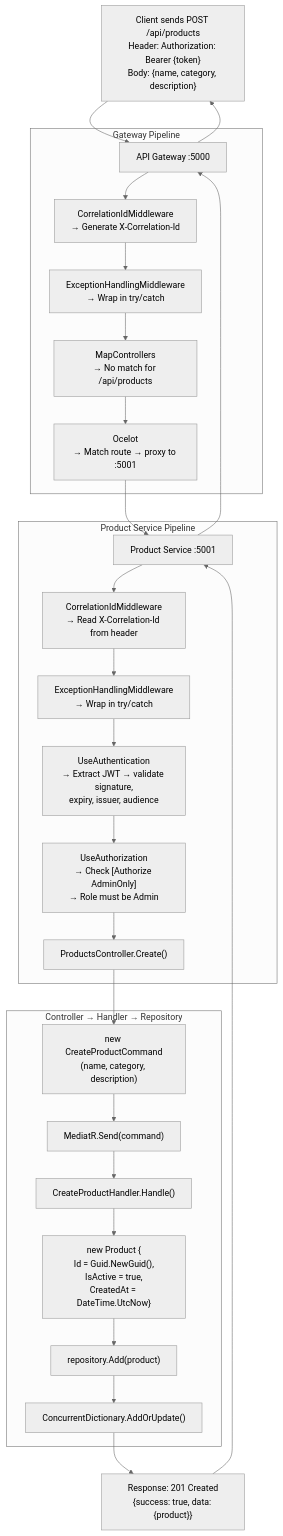
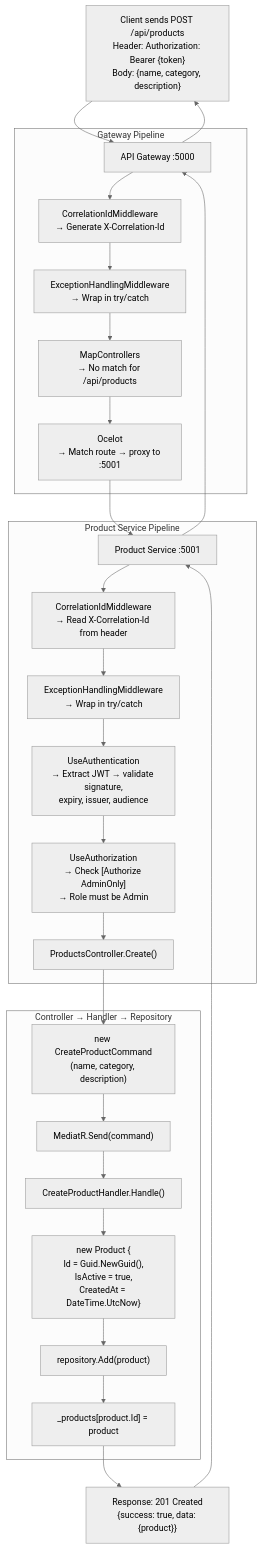
One commit to AnujKumar1995/Ecomm.BackendSystem_dotnet changed diagram 49 of 50 in docs/APPLICATION_ARCHITECTURE.md. Above: the diagram before and after it, drawn with Mermaid (neutral theme).

Commit message:
Update docs/APPLICATION_ARCHITECTURE.md
updated

````diff
--- a/docs/APPLICATION_ARCHITECTURE.md
+++ b/docs/APPLICATION_ARCHITECTURE.md
@@ -1319,37 +1319,37 @@
 ```mermaid
 graph TB
     A["Client sends POST /api/products<br/>Header: Authorization: Bearer {token}<br/>Body: {name, category, description}"]
 
     A --> B["API Gateway :5000"]
 
     subgraph "Gateway Pipeline"
         B --> B1["CorrelationIdMiddleware<br/>→ Generate X-Correlation-Id"]
         B1 --> B2["ExceptionHandlingMiddleware<br/>→ Wrap in try/catch"]
         B2 --> B3["MapControllers<br/>→ No match for /api/products"]
         B3 --> B4["Ocelot<br/>→ Match route → proxy to :5001"]
     end
 
     B4 --> C["Product Service :5001"]
 
     subgraph "Product Service Pipeline"
         C --> C1["CorrelationIdMiddleware<br/>→ Read X-Correlation-Id from header"]
         C1 --> C2["ExceptionHandlingMiddleware<br/>→ Wrap in try/catch"]
         C2 --> C3["UseAuthentication<br/>→ Extract JWT → validate signature,<br/>expiry, issuer, audience"]
         C3 --> C4["UseAuthorization<br/>→ Check [Authorize AdminOnly]<br/>→ Role must be Admin"]
         C4 --> C5["ProductsController.Create()"]
     end
 
     subgraph "Controller → Handler → Repository"
         C5 --> D1["new CreateProductCommand<br/>(name, category, description)"]
         D1 --> D2["MediatR.Send(command)"]
         D2 --> D3["CreateProductHandler.Handle()"]
         D3 --> D4["new Product {<br/>Id = Guid.NewGuid(),<br/>IsActive = true,<br/>CreatedAt = DateTime.UtcNow}"]
         D4 --> D5["repository.Add(product)"]
-        D5 --> D6["ConcurrentDictionary.AddOrUpdate()"]
+        D5 --> D6["_products[product.Id] = product"]
     end
 
     D6 --> E["Response: 201 Created<br/>{success: true, data: {product}}"]
     E --> C
     C --> B
     B --> A
 ```
````
